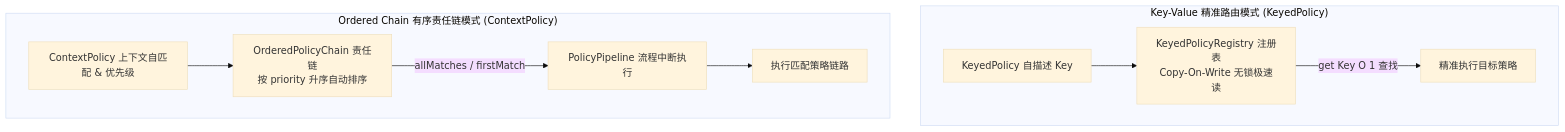
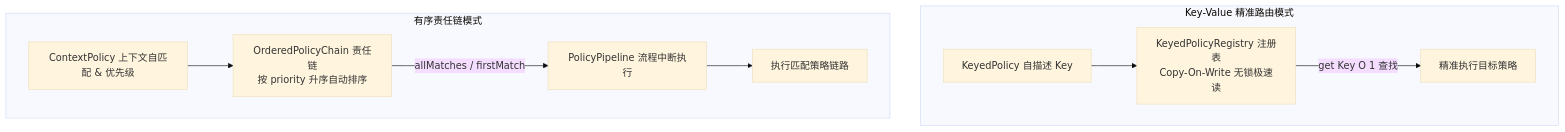
The first of 2 diagrams in docs/policy/README.md (team4u/team4u-framework), drawn with Mermaid (base theme) before and after one commit. The commit also changed other lines of this file and 142 other files, not shown here.

````diff
--- a/docs/policy/README.md
+++ b/docs/policy/README.md
@@ -22,13 +22,13 @@
 ```mermaid
 graph TD
-    subgraph Key_Value_精准路由模式__KeyedPolicy_ ["Key-Value 精准路由模式 (KeyedPolicy)"]
+    subgraph Key_Value_精准路由模式 ["Key-Value 精准路由模式"]
         KP["KeyedPolicy 自描述 Key"] --> KPR["KeyedPolicyRegistry 注册表<br/>Copy-On-Write 无锁极速读"]
         KPR -->|"get Key O 1 查找"| Exec1["精准执行目标策略"]
     end
 
-    subgraph Ordered_Chain_有序责任链模式__ContextPolicy_ ["Ordered Chain 有序责任链模式 (ContextPolicy)"]
+    subgraph Ordered_Chain_有序责任链模式 ["有序责任链模式"]
         CP["ContextPolicy 上下文自匹配 & 优先级"] --> OPC["OrderedPolicyChain 责任链<br/>按 priority 升序自动排序"]
         OPC -->|"allMatches / firstMatch"| PP["PolicyPipeline 流程中断执行"]
         PP --> Exec2["执行匹配策略链路"]
     end
 ```
````
